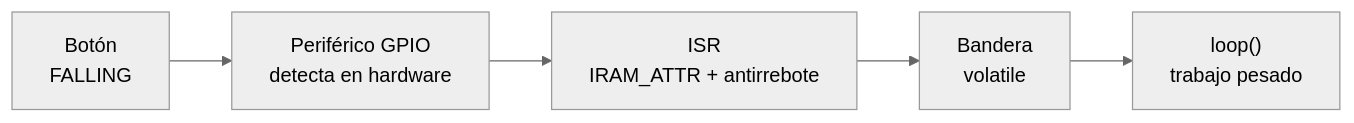
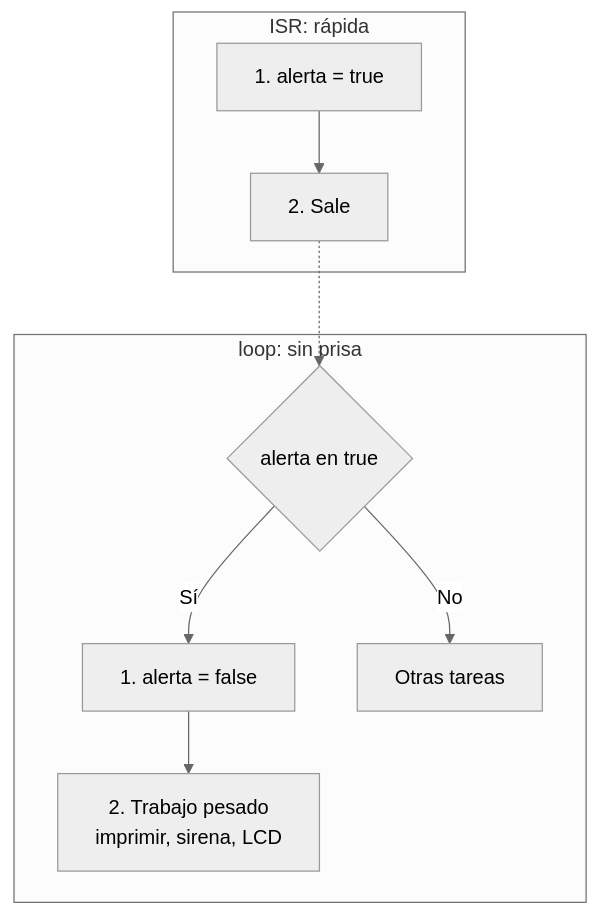
One commit to AlejandroTatum/sistemas-digitales-unl changed the eighth of 9 diagrams in unidad-1/apuntes/06-interrupciones-externas.md. Above: the diagram before and after it, drawn with Mermaid (neutral theme). The commit also changed other lines of this file and 16 other files, not shown here.

````diff
--- a/unidad-1/apuntes/06-interrupciones-externas.md
+++ b/unidad-1/apuntes/06-interrupciones-externas.md
@@ -311,7 +205,12 @@
 ```mermaid
-flowchart LR
-    A["Botón<br/>FALLING"] --> B["Periférico GPIO<br/>detecta en hardware"]
-    B --> C["ISR<br/>IRAM_ATTR + antirrebote"]
-    C --> D["Bandera<br/>volatile"]
-    D --> E["loop()<br/>trabajo pesado"]
+flowchart TD
+    subgraph ISR["ISR: rápida"]
+        A["1. alerta = true"] --> B["2. Sale"]
+    end
+    subgraph LOOP["loop: sin prisa"]
+        C{"alerta en true"} -->|Sí| D["1. alerta = false"]
+        D --> E["2. Trabajo pesado<br/>imprimir, sirena, LCD"]
+        C -->|No| F["Otras tareas"]
+    end
+    B -.-> C
 ```
````
